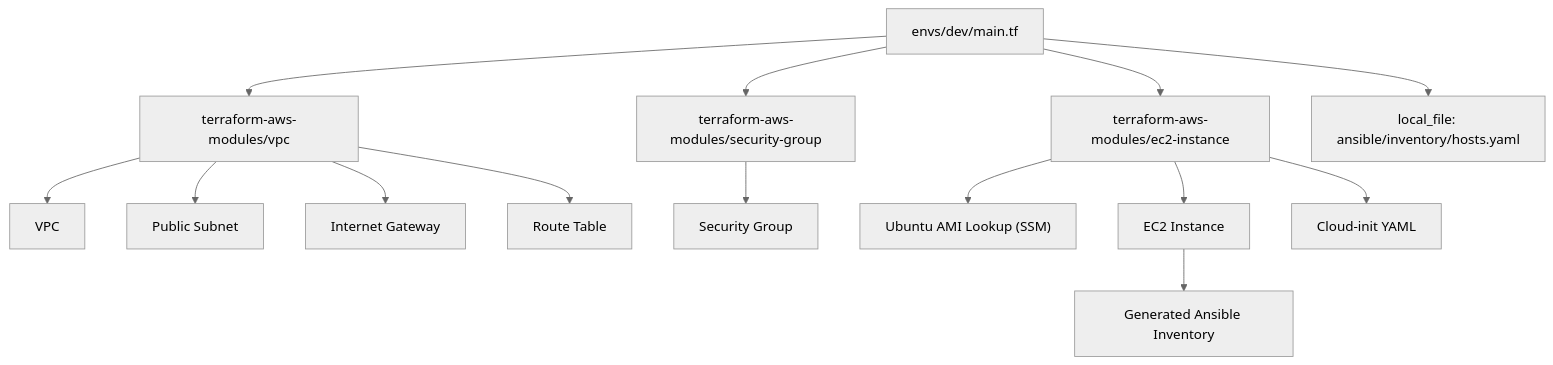
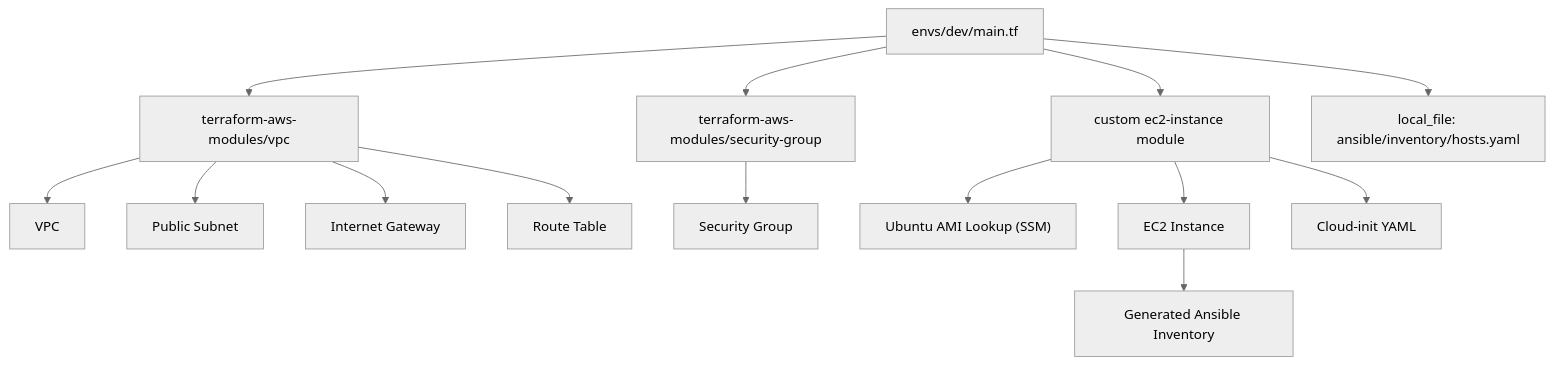
The diagram in terraform/README.md (LaurisNeimanis/ccore-ai-infra), drawn with Mermaid (neutral theme) before and after one commit. The commit also changed other lines of this file and 7 other files, not shown here.

Commit message:
refactor(terraform): switch to custom EC2 module and demo tfvars

````diff
--- a/terraform/README.md
+++ b/terraform/README.md
@@ -144,20 +155,20 @@
 ```mermaid
 flowchart TD
     A[envs/dev/main.tf] --> B[terraform-aws-modules/vpc]
     A --> C[terraform-aws-modules/security-group]
-    A --> D[terraform-aws-modules/ec2-instance]
+    A --> D[custom ec2-instance module]
     A --> E[local_file: ansible/inventory/hosts.yaml]
 
     B --> VPC[VPC]
     B --> SUB[Public Subnet]
     B --> IGW[Internet Gateway]
     B --> RT[Route Table]
 
     C --> SG[Security Group]
 
     D --> AMI["Ubuntu AMI Lookup (SSM)"]
     D --> EC2[EC2 Instance]
     D --> CI[Cloud-init YAML]
 
     EC2 --> INV[Generated Ansible Inventory]
 ```
````
